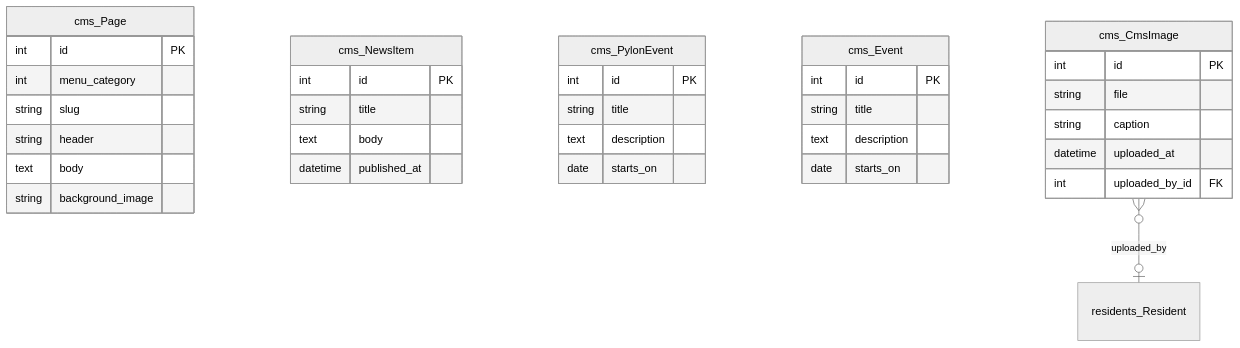
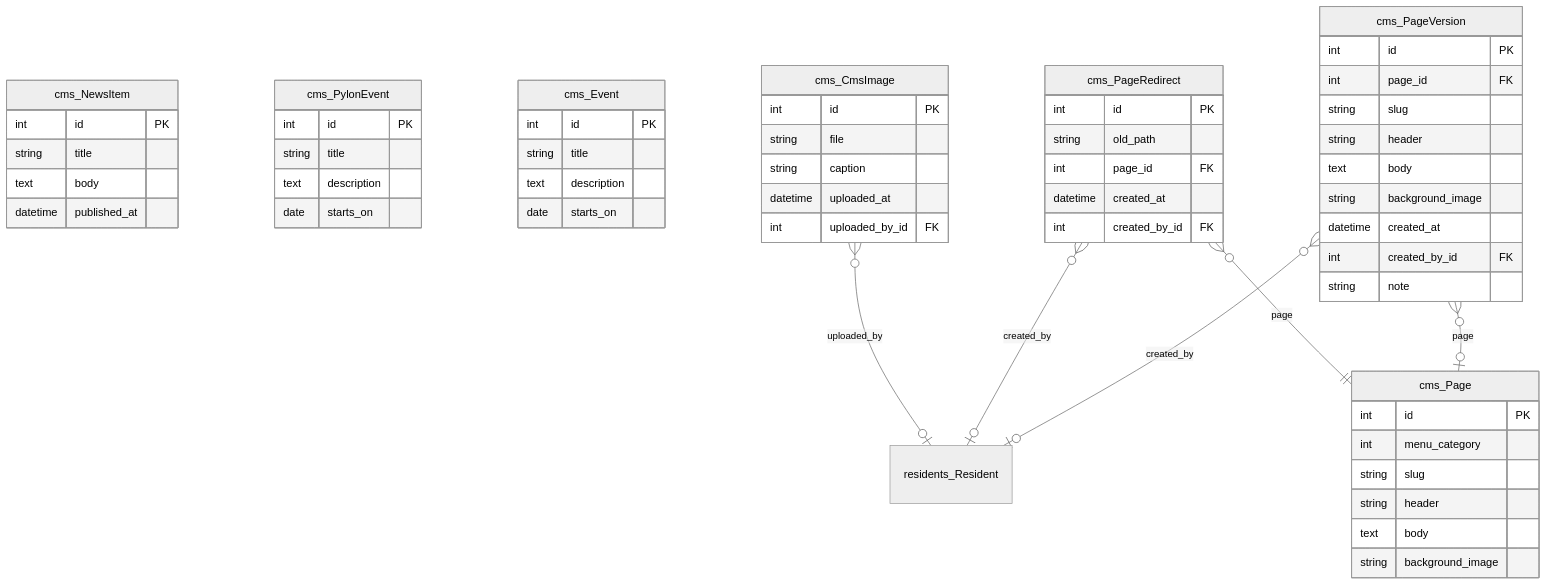
The fourth of 13 diagrams in docs/erd.md (G-A-Hagemanns-Kollegium/ny_ny_intern), drawn with Mermaid (neutral theme) before and after one commit. The commit also changed other lines of this file and 23 other files, not shown here.

First line of the commit message:
Dev -> main: Make CMS page edits recoverable, align opslagstavle reactions with Den Hurtige, and grant the repair crews their roles (#106)

````diff
--- a/docs/erd.md
+++ b/docs/erd.md
@@ -578,44 +627,68 @@
 ```mermaid
 erDiagram
     cms_Page {
         int id PK
         int menu_category
         string slug
         string header
         text body
         string background_image
     }
 
     cms_NewsItem {
         int id PK
         string title
         text body
         datetime published_at
     }
 
     cms_PylonEvent {
         int id PK
         string title
         text description
         date starts_on
     }
 
     cms_Event {
         int id PK
         string title
         text description
         date starts_on
     }
 
     cms_CmsImage {
         int id PK
         string file
         string caption
         datetime uploaded_at
         int uploaded_by_id FK
     }
 
+    cms_PageRedirect {
+        int id PK
+        string old_path
+        int page_id FK
+        datetime created_at
+        int created_by_id FK
+    }
+
+    cms_PageVersion {
+        int id PK
+        int page_id FK
+        string slug
+        string header
+        text body
+        string background_image
+        datetime created_at
+        int created_by_id FK
+        string note
+    }
+
     residents_Resident { }
 
     cms_CmsImage }o--|o residents_Resident : "uploaded_by"
+    cms_PageRedirect }o--|| cms_Page : "page"
+    cms_PageRedirect }o--|o residents_Resident : "created_by"
+    cms_PageVersion }o--|o cms_Page : "page"
+    cms_PageVersion }o--|o residents_Resident : "created_by"
 ```
````
